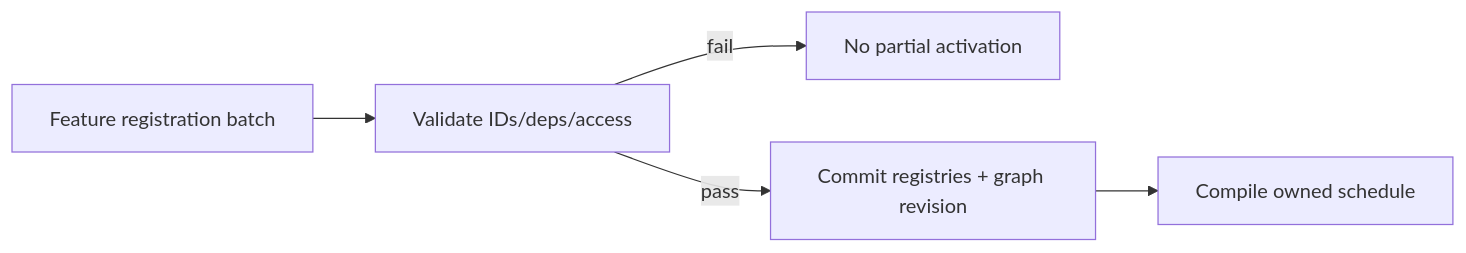
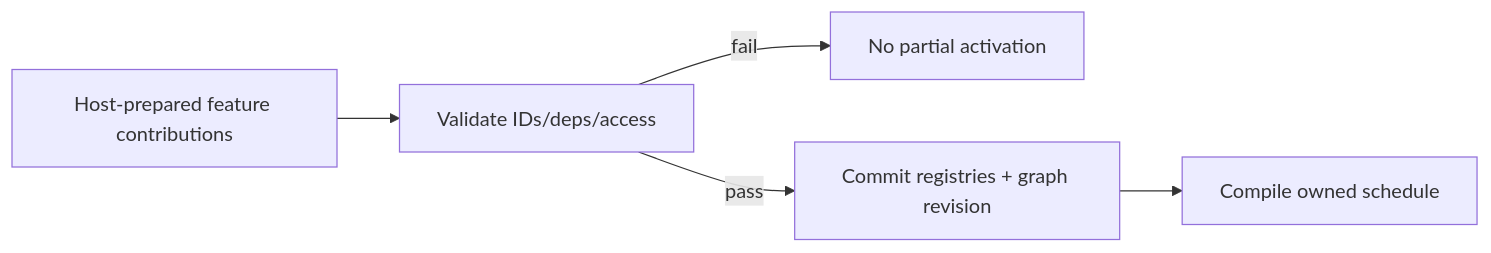
One commit to danphong23/ifol-animation changed the second of 2 diagrams in crates/ifol-ecs/docs/08_public_api_and_lifecycle.md. Above: the diagram before and after it, drawn with Mermaid. The commit also changed other lines of this file and 10 other files, not shown here.

```diff
--- a/crates/ifol-ecs/docs/08_public_api_and_lifecycle.md
+++ b/crates/ifol-ecs/docs/08_public_api_and_lifecycle.md
@@ -48,7 +47,7 @@
 ~~~mermaid
 flowchart LR
-    Batch["Feature registration batch"] --> Validate["Validate IDs/deps/access"]
+    Batch["Host-prepared feature contributions"] --> Validate["Validate IDs/deps/access"]
     Validate -->|"fail"| Reject["No partial activation"]
     Validate -->|"pass"| Commit["Commit registries + graph revision"]
     Commit --> Compile["Compile owned schedule"]
 ~~~
```
